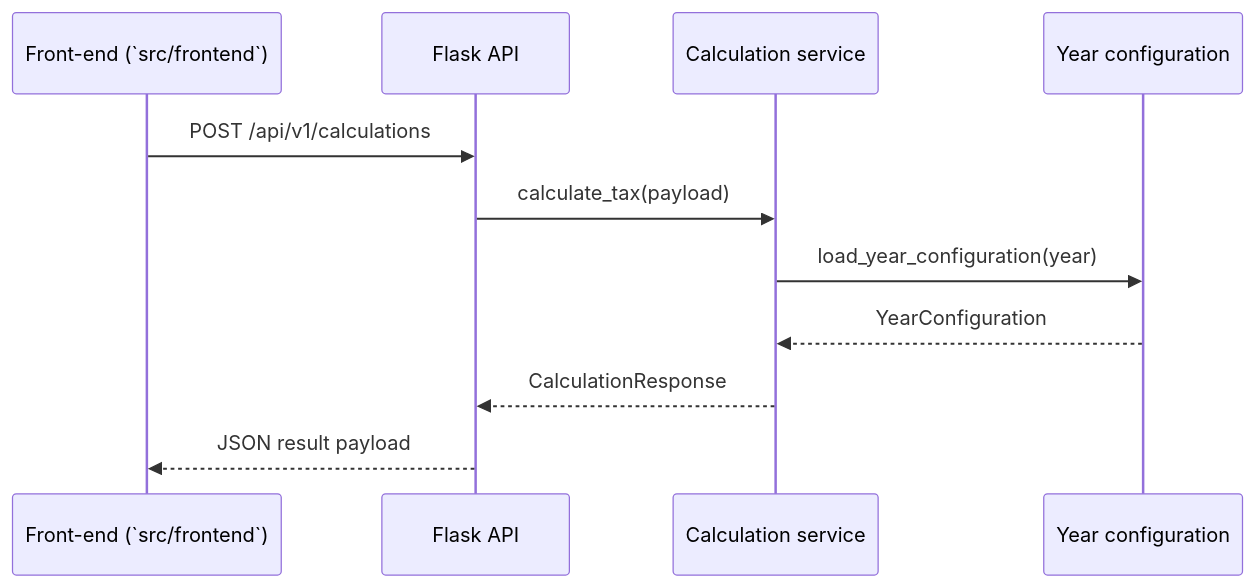
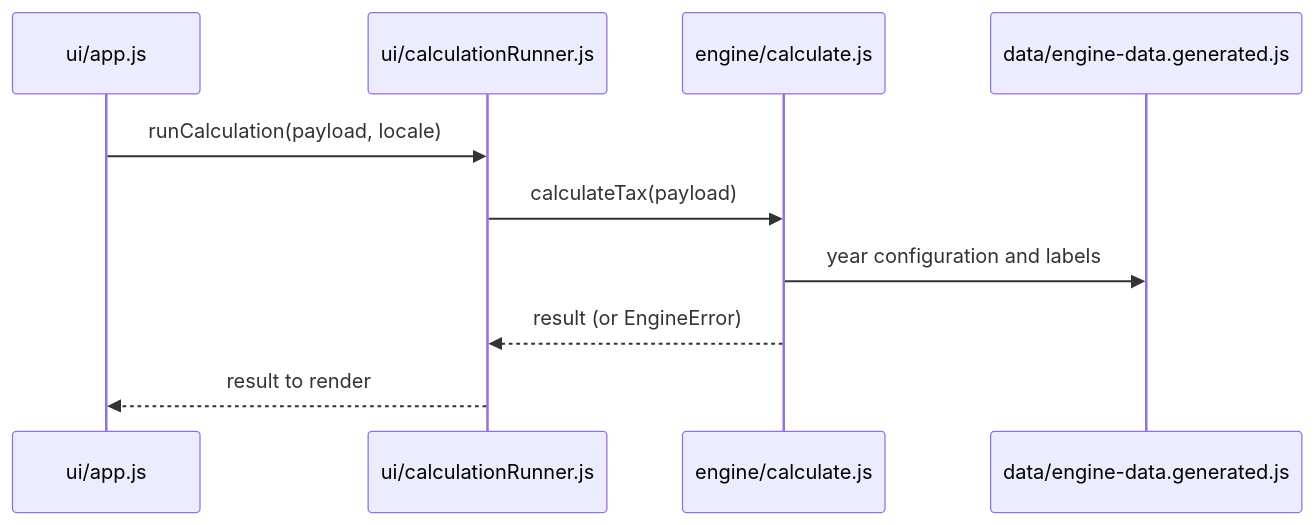
Before and after one commit to cntanos/greektax: the diagram in docs/architecture.md, drawn with Mermaid. The commit also changed other lines of this file and 83 other files, not shown here.

````diff
--- a/docs/architecture.md
+++ b/docs/architecture.md
@@ -34,14 +35,13 @@
 ```mermaid
 sequenceDiagram
-    participant UI as Front-end (`src/frontend`)
-    participant API as Flask API
-    participant Service as Calculation service
-    participant Config as Year configuration
+    participant UI as ui/app.js
+    participant Runner as ui/calculationRunner.js
+    participant Engine as engine/calculate.js
+    participant Data as data/engine-data.generated.js
 
-    UI->>API: POST /api/v1/calculations
-    API->>Service: calculate_tax(payload)
-    Service->>Config: load_year_configuration(year)
-    Config-->>Service: YearConfiguration
-    Service-->>API: CalculationResponse
-    API-->>UI: JSON result payload
+    UI->>Runner: runCalculation(payload, locale)
+    Runner->>Engine: calculateTax(payload)
+    Engine->>Data: year configuration and labels
+    Engine-->>Runner: result (or EngineError)
+    Runner-->>UI: result to render
 ```
````
